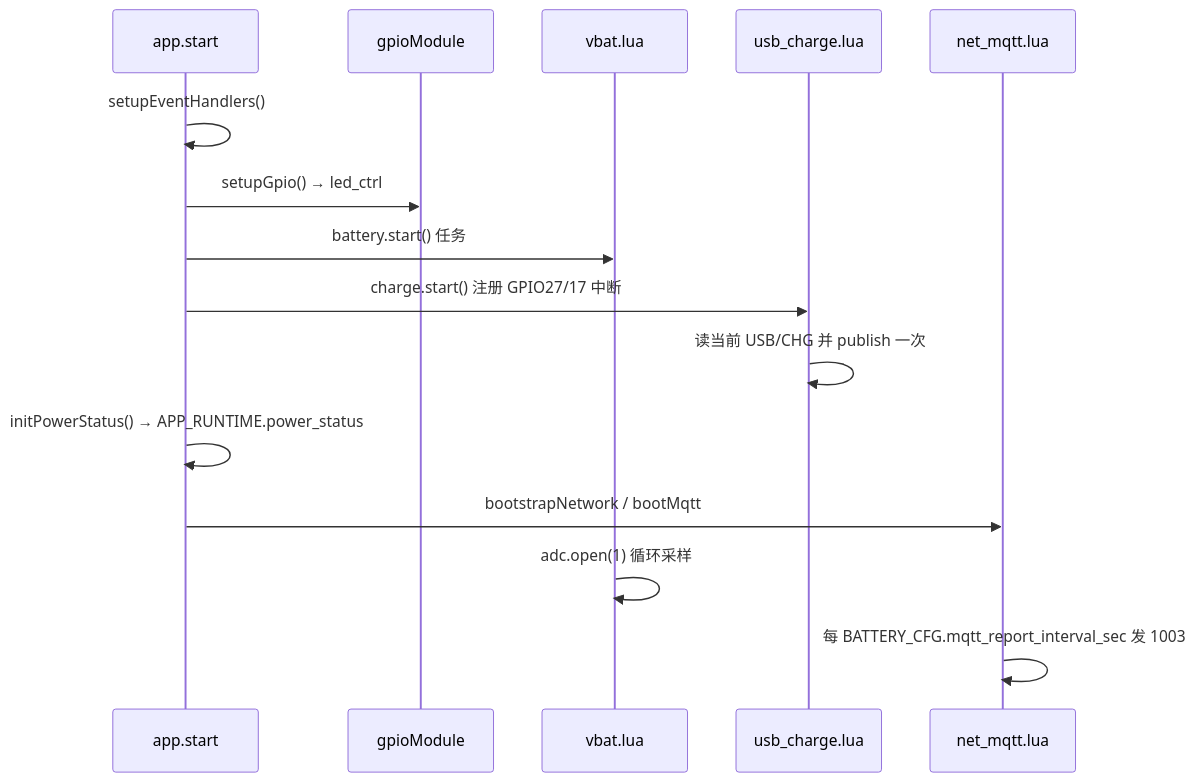
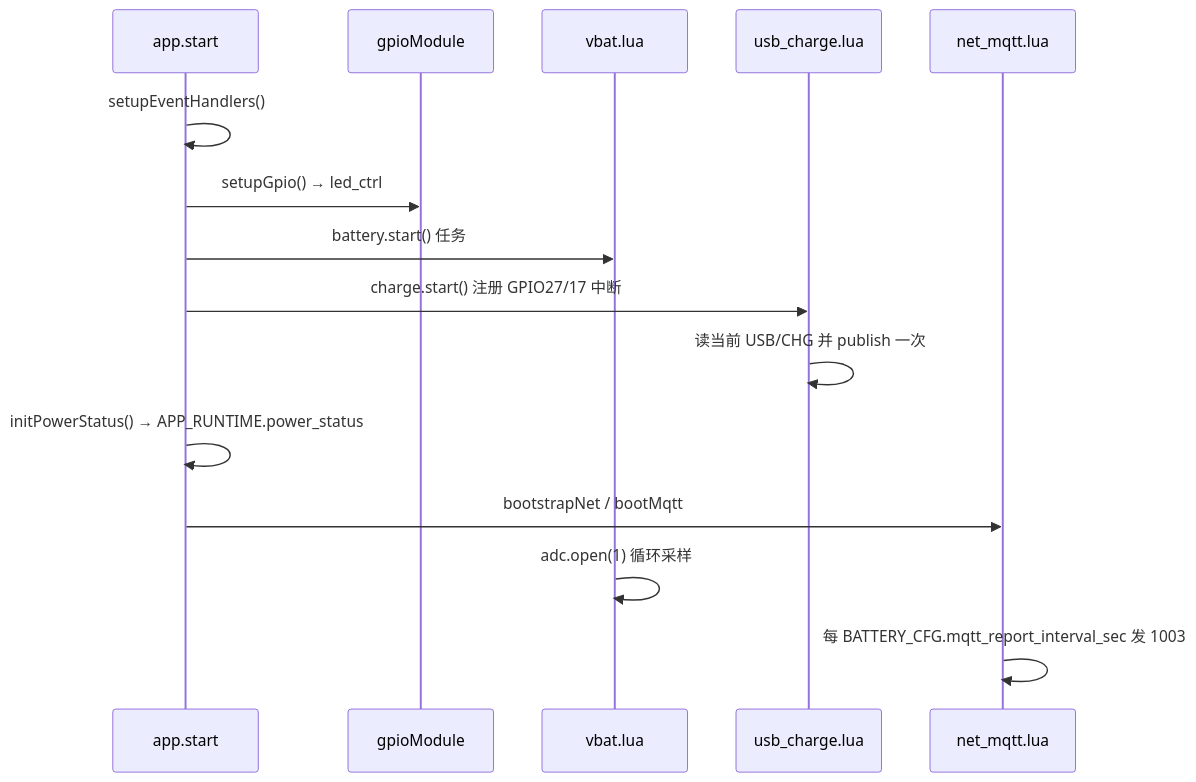
The second of 4 diagrams in doc/CHARGE_BATTERY.md (dzr1986/AIR780EHM), drawn with Mermaid before and after one commit. The commit also changed other lines of this file and 84 other files, not shown here.

````diff
--- a/doc/CHARGE_BATTERY.md
+++ b/doc/CHARGE_BATTERY.md
@@ -158,18 +158,18 @@
 ```mermaid
 sequenceDiagram
     participant APP as app.start
     participant GPIO as gpioModule
     participant BAT as vbat.lua
     participant CHG as usb_charge.lua
     participant NET as net_mqtt.lua
 
     APP->>APP: setupEventHandlers()
     APP->>GPIO: setupGpio() → led_ctrl
     APP->>BAT: battery.start() 任务
     APP->>CHG: charge.start() 注册 GPIO27/17 中断
     CHG->>CHG: 读当前 USB/CHG 并 publish 一次
     APP->>APP: initPowerStatus() → APP_RUNTIME.power_status
-    APP->>NET: bootstrapNetwork / bootMqtt
+    APP->>NET: bootstrapNet / bootMqtt
     BAT->>BAT: adc.open(1) 循环采样
     NET->>NET: 每 BATTERY_CFG.mqtt_report_interval_sec 发 1003
 ```
````
